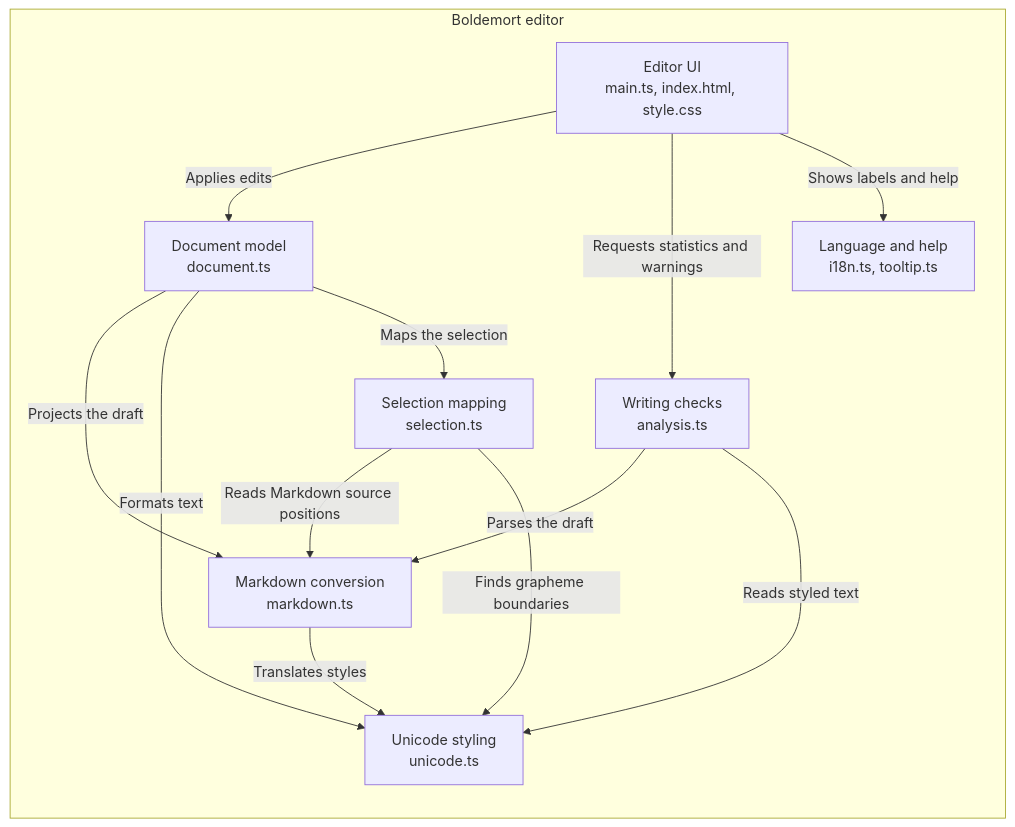
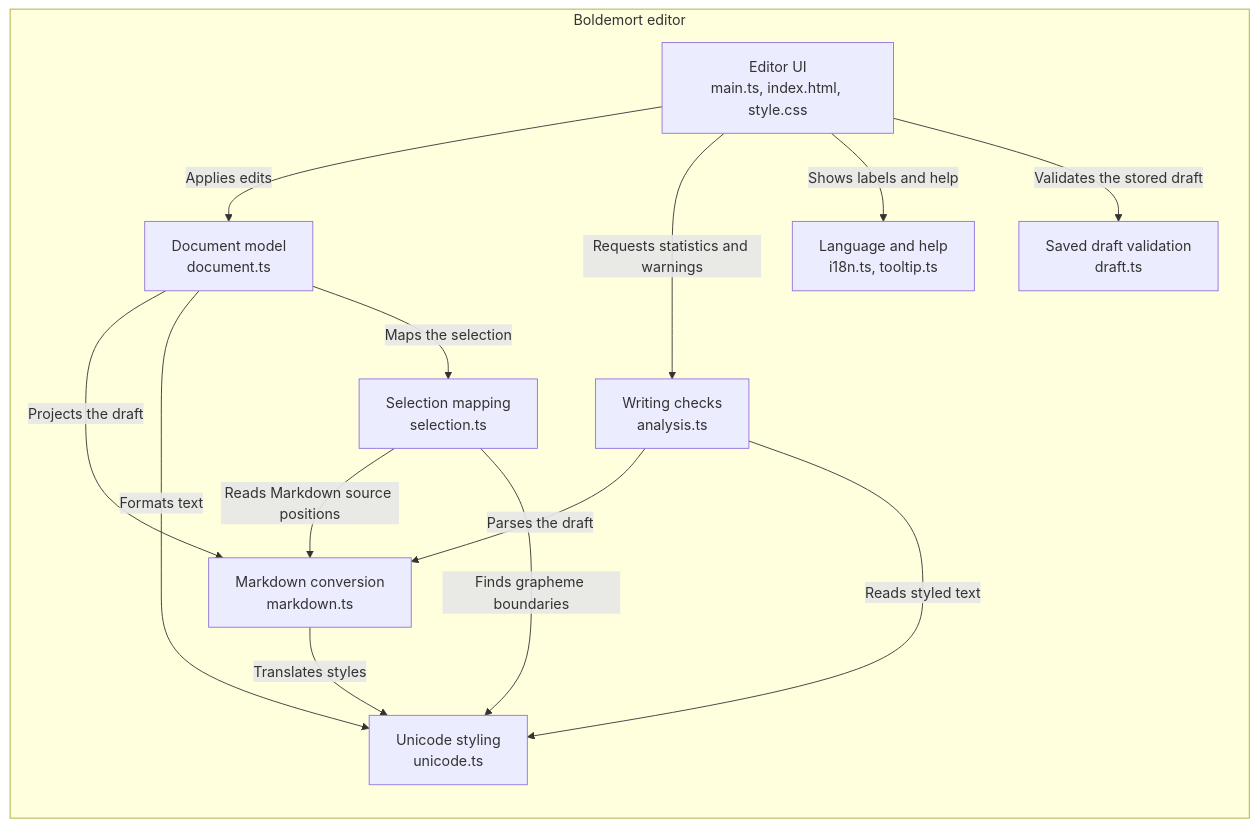
One commit to marcelpetrick/Boldemort changed the third of 5 diagrams in docs/ARCHITECTURE.md. Above: the diagram before and after it, drawn with Mermaid. The commit also changed other lines of this file and 20 other files, not shown here.

````diff
--- a/docs/ARCHITECTURE.md
+++ b/docs/ARCHITECTURE.md
@@ -59,25 +66,27 @@
 ```mermaid
 flowchart TB
     subgraph editor["Boldemort editor"]
         direction TB
         ui["Editor UI<br/>main.ts, index.html, style.css"]
         doc["Document model<br/>document.ts"]
         selection["Selection mapping<br/>selection.ts"]
         analysis["Writing checks<br/>analysis.ts"]
         help["Language and help<br/>i18n.ts, tooltip.ts"]
+        draft["Saved draft validation<br/>draft.ts"]
         markdown["Markdown conversion<br/>markdown.ts"]
         unicode["Unicode styling<br/>unicode.ts"]
 
         ui -->|Applies edits| doc
         ui -->|Requests statistics and warnings| analysis
         ui -->|Shows labels and help| help
+        ui -->|Validates the stored draft| draft
         doc -->|Projects the draft| markdown
         doc -->|Formats text| unicode
         doc -->|Maps the selection| selection
         selection -->|Reads Markdown source positions| markdown
         selection -->|Finds grapheme boundaries| unicode
         analysis -->|Parses the draft| markdown
         analysis -->|Reads styled text| unicode
         markdown -->|Translates styles| unicode
     end
 ```
````
